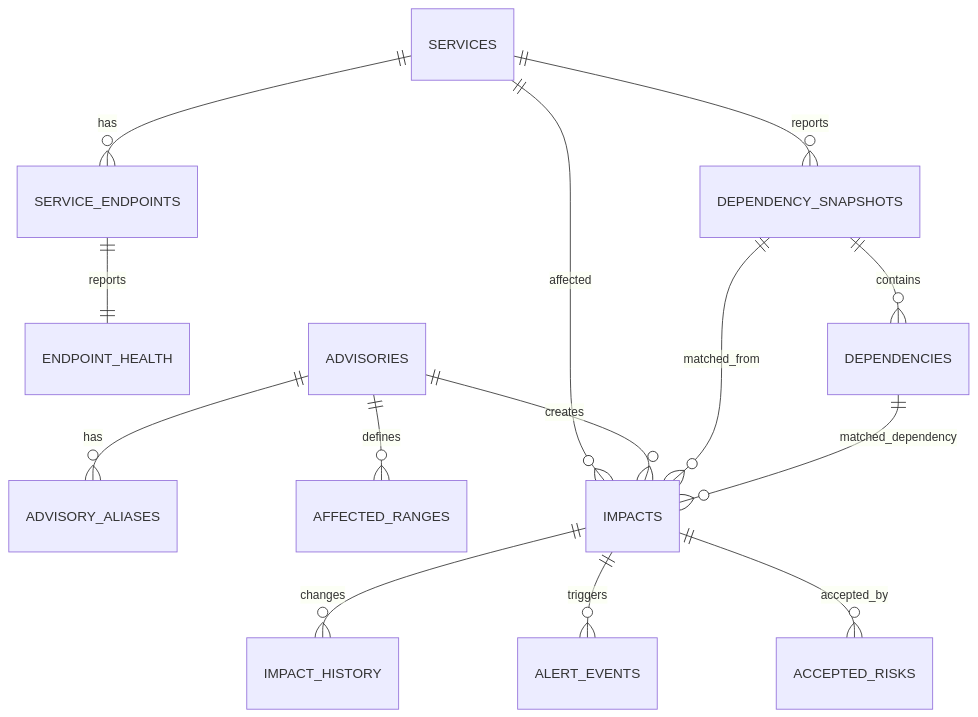
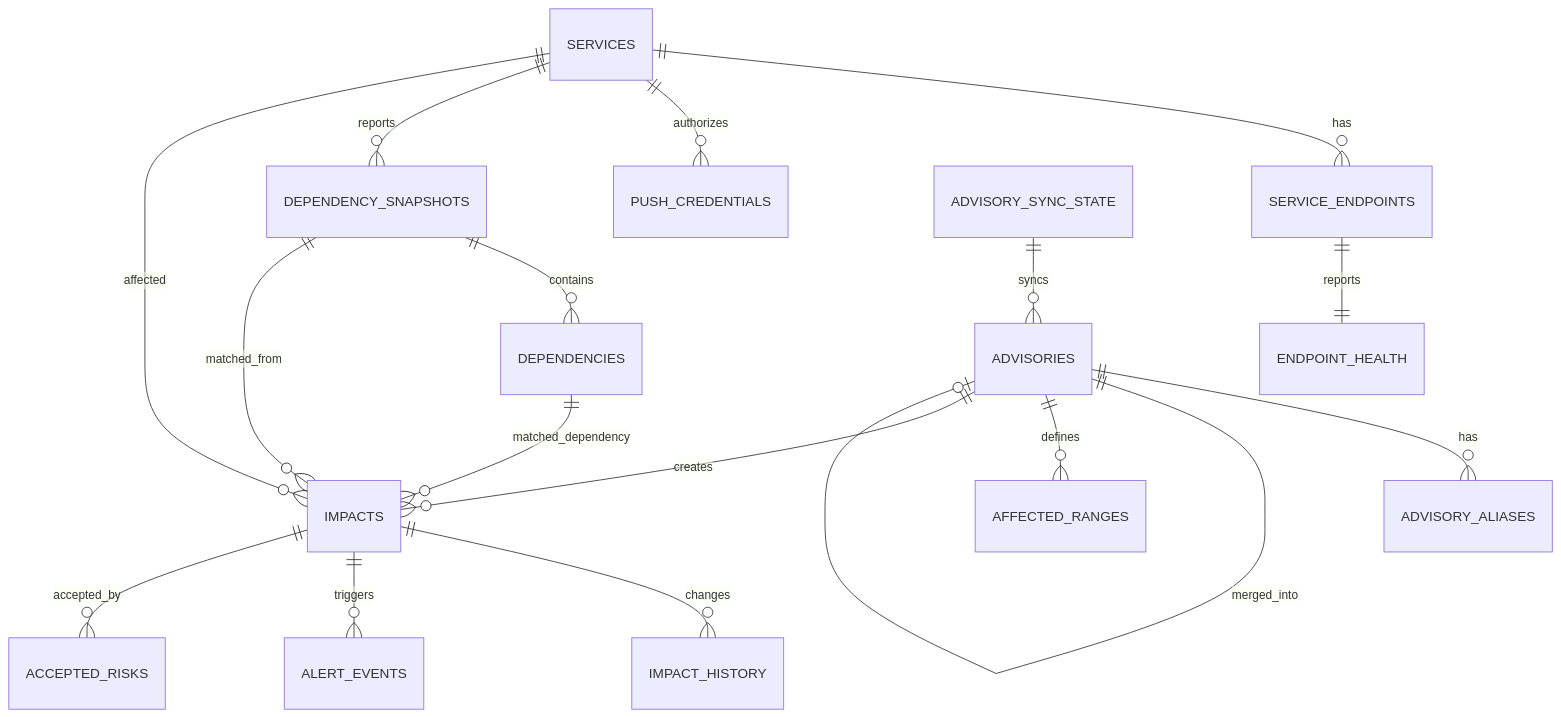
Before and after one commit to hkjeon13/sca-monitor: the ninth of 9 diagrams in docs/software-design-specification.md, drawn with Mermaid. The commit also changed other lines of this file and 32 other files, not shown here.

````diff
--- a/docs/software-design-specification.md
+++ b/docs/software-design-specification.md
@@ -1109,16 +1270,19 @@
 ```mermaid
 erDiagram
     SERVICES ||--o{ SERVICE_ENDPOINTS : has
+    SERVICES ||--o{ PUSH_CREDENTIALS : authorizes
     SERVICE_ENDPOINTS ||--|| ENDPOINT_HEALTH : reports
     SERVICES ||--o{ DEPENDENCY_SNAPSHOTS : reports
     DEPENDENCY_SNAPSHOTS ||--o{ DEPENDENCIES : contains
     ADVISORIES ||--o{ ADVISORY_ALIASES : has
+    ADVISORIES ||--o| ADVISORIES : merged_into
     ADVISORIES ||--o{ AFFECTED_RANGES : defines
     SERVICES ||--o{ IMPACTS : affected
     ADVISORIES ||--o{ IMPACTS : creates
     DEPENDENCY_SNAPSHOTS ||--o{ IMPACTS : matched_from
     DEPENDENCIES ||--o{ IMPACTS : matched_dependency
     IMPACTS ||--o{ IMPACT_HISTORY : changes
     IMPACTS ||--o{ ALERT_EVENTS : triggers
     IMPACTS ||--o{ ACCEPTED_RISKS : accepted_by
+    ADVISORY_SYNC_STATE ||--o{ ADVISORIES : syncs
 ```
````
